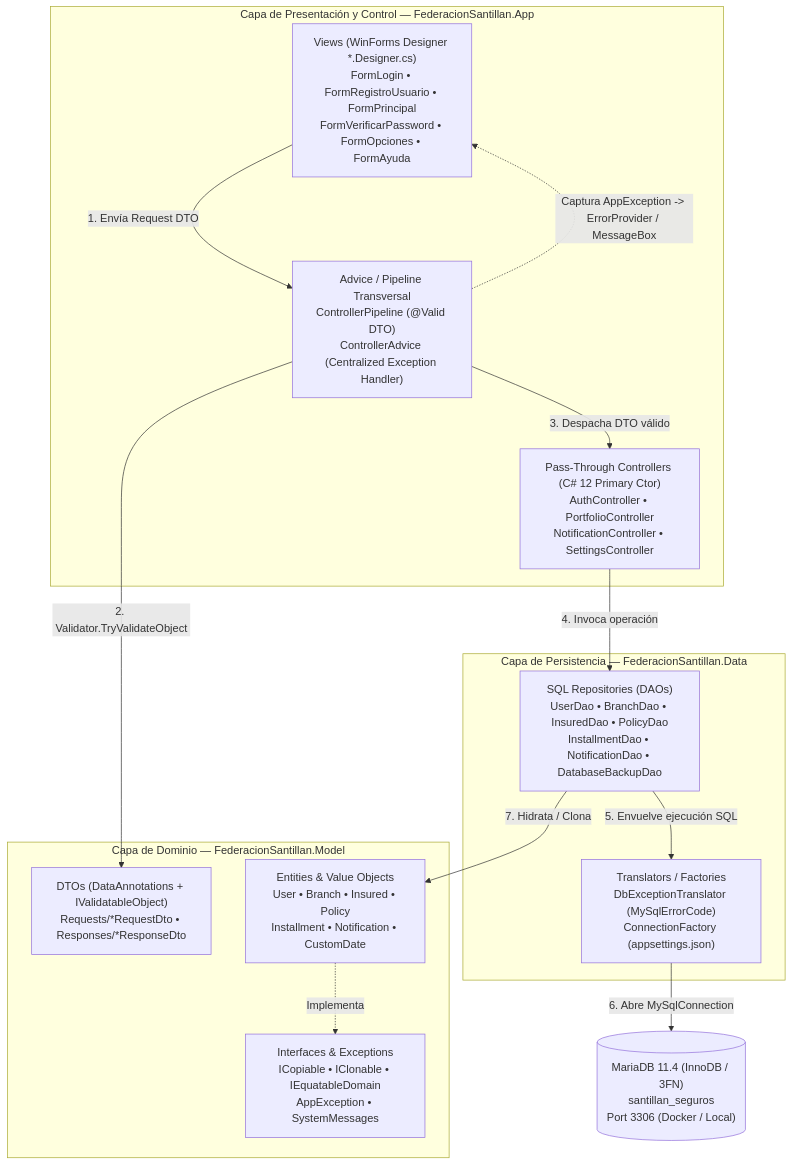
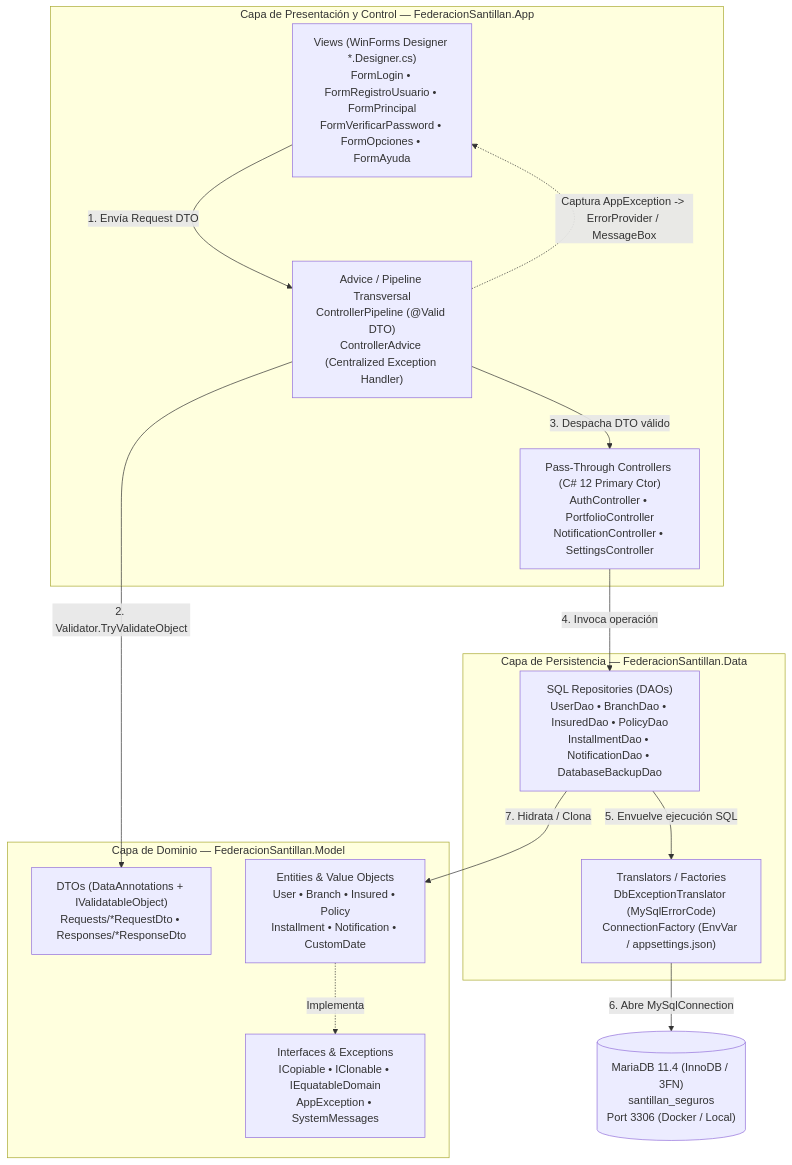
One commit to nedder3/santillan-seguros changed the first of 3 diagrams in README.md. Above: the diagram before and after it, drawn with Mermaid. The commit also changed other lines of this file, not shown here.

Commit message:
docs(architecture): update README with docker noVNC deployment guide and formal Big-O audit

````diff
--- a/README.md
+++ b/README.md
@@ -45,31 +48,31 @@
 ```mermaid
 flowchart TD
     subgraph AppLayer["Capa de Presentación y Control — FederacionSantillan.App"]
         Views["Views (WinForms Designer *.Designer.cs)<br/>FormLogin • FormRegistroUsuario • FormPrincipal<br/>FormVerificarPassword • FormOpciones • FormAyuda"]
         Pipeline["Advice / Pipeline Transversal<br/>ControllerPipeline (@Valid DTO)<br/>ControllerAdvice (Centralized Exception Handler)"]
         Controllers["Pass-Through Controllers (C# 12 Primary Ctor)<br/>AuthController • PortfolioController<br/>NotificationController • SettingsController"]
     end
 
     subgraph ModelLayer["Capa de Dominio — FederacionSantillan.Model"]
         DTOs["DTOs (DataAnnotations + IValidatableObject)<br/>Requests/*RequestDto • Responses/*ResponseDto"]
         Entities["Entities & Value Objects<br/>User • Branch • Insured • Policy<br/>Installment • Notification • CustomDate"]
         Contracts["Interfaces & Exceptions<br/>ICopiable • IClonable • IEquatableDomain<br/>AppException • SystemMessages"]
     end
 
     subgraph DataLayer["Capa de Persistencia — FederacionSantillan.Data"]
-        Translator["Translators / Factories<br/>DbExceptionTranslator (MySqlErrorCode)<br/>ConnectionFactory (appsettings.json)"]
+        Translator["Translators / Factories<br/>DbExceptionTranslator (MySqlErrorCode)<br/>ConnectionFactory (EnvVar / appsettings.json)"]
         DAOs["SQL Repositories (DAOs)<br/>UserDao • BranchDao • InsuredDao • PolicyDao<br/>InstallmentDao • NotificationDao • DatabaseBackupDao"]
     end
 
     DB[("MariaDB 11.4 (InnoDB / 3FN)<br/>santillan_seguros<br/>Port 3306 (Docker / Local)")]
 
     Views -->|"1. Envía Request DTO"| Pipeline
     Pipeline -->|"2. Validator.TryValidateObject"| DTOs
     Pipeline -->|"3. Despacha DTO válido"| Controllers
     Controllers -->|"4. Invoca operación"| DAOs
     DAOs -->|"5. Envuelve ejecución SQL"| Translator
     Translator -->|"6. Abre MySqlConnection"| DB
     DAOs -->|"7. Hidrata / Clona"| Entities
     Entities -.->|"Implementa"| Contracts
     Pipeline -.->|"Captura AppException -> ErrorProvider / MessageBox"| Views
 ```
````
